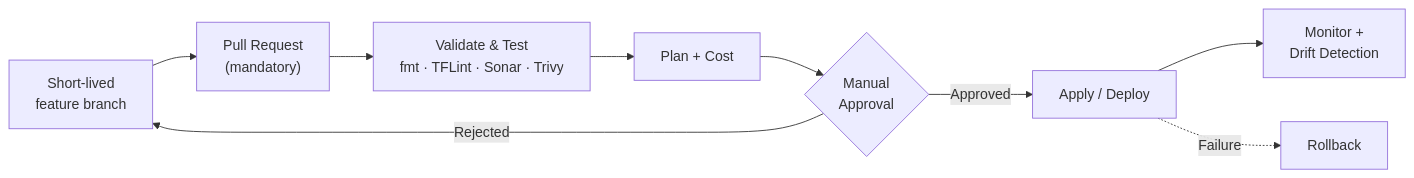
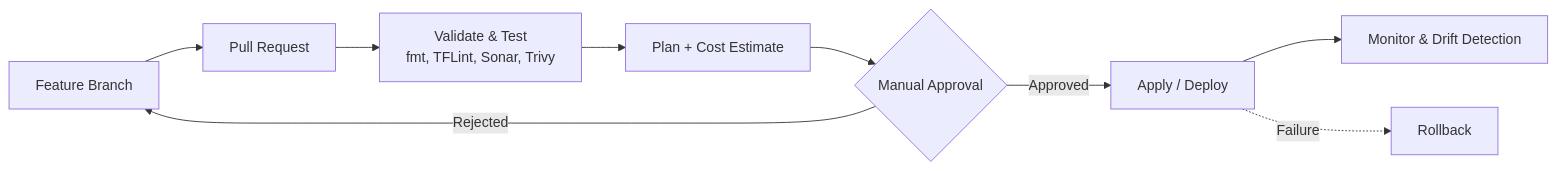
The third of 3 diagrams in README.md (cloudwithdharm/cloudwithdharm), drawn with Mermaid before and after one commit. The commit also changed other lines of this file, not shown here.

````diff
--- a/README.md
+++ b/README.md
@@ -193,11 +164,11 @@
 ```mermaid
 flowchart LR
-    A["Short-lived<br/>feature branch"] --> B["Pull Request<br/>(mandatory)"]
-    B --> C["Validate & Test<br/>fmt · TFLint · Sonar · Trivy"]
-    C --> D["Plan + Cost"]
-    D --> E{"Manual<br/>Approval"}
-    E -->|Approved| F["Apply / Deploy"]
+    A[Feature Branch] --> B[Pull Request]
+    B --> C[Validate & Test<br/>fmt, TFLint, Sonar, Trivy]
+    C --> D[Plan + Cost Estimate]
+    D --> E{Manual Approval}
+    E -->|Approved| F[Apply / Deploy]
     E -->|Rejected| A
-    F --> G["Monitor +<br/>Drift Detection"]
-    F -.->|Failure| H["Rollback"]
+    F --> G[Monitor & Drift Detection]
+    F -.->|Failure| H[Rollback]
 ```
````
